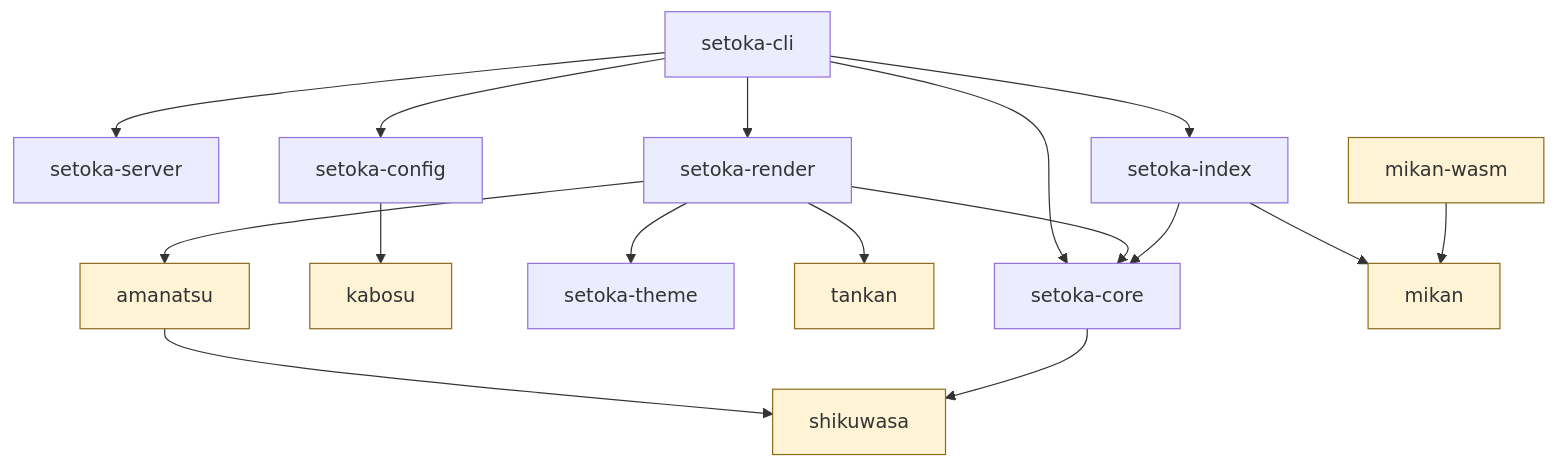
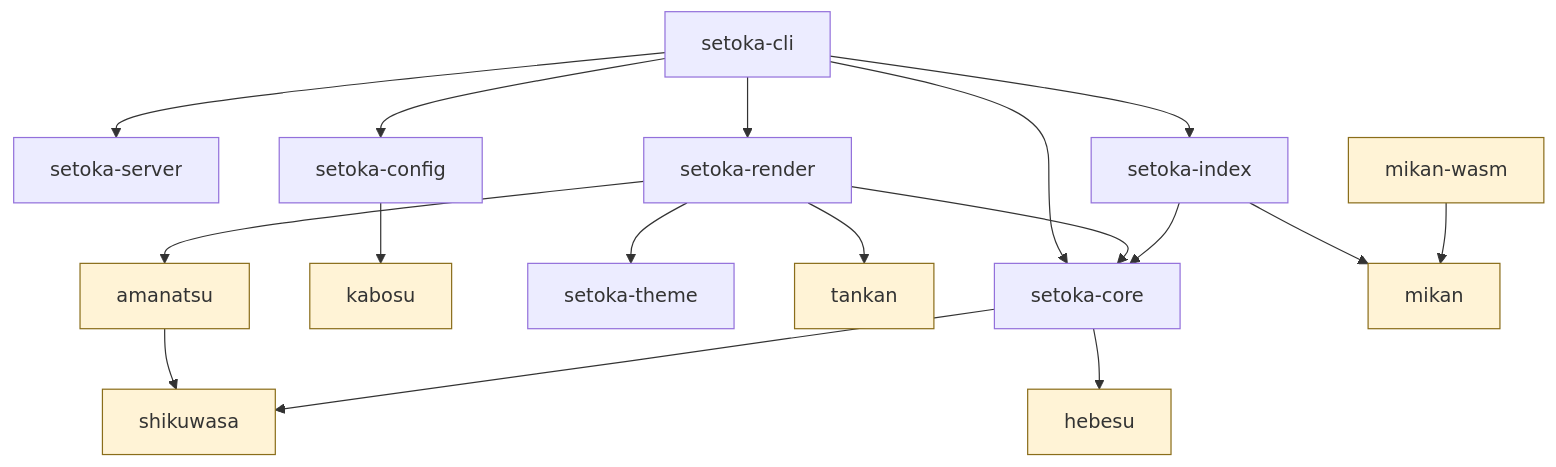
One commit to ai-implementer/setoka changed the diagram in docs/content/development/index.md. Above: the diagram before and after it, drawn with Mermaid. The commit also changed other lines of this file and 16 other files, not shown here.

````diff
--- a/docs/content/development/index.md
+++ b/docs/content/development/index.md
@@ -37,20 +38,21 @@
 ```mermaid
 flowchart TD
     CLI[setoka-cli] --> SRV[setoka-server]
     CLI --> REN[setoka-render]
     CLI --> IDX[setoka-index]
     CLI --> CORE[setoka-core]
     CLI --> CFG[setoka-config]
     CFG --> KAB[kabosu]
     REN --> CORE
     REN --> THEME[setoka-theme]
     REN --> TAN[tankan]
     REN --> API[amanatsu]
     API --> YAML[shikuwasa]
     CORE --> YAML
+    CORE --> HEB[hebesu]
     IDX --> CORE
     IDX --> FMT[mikan]
     WASM[mikan-wasm] --> FMT
     classDef generic fill:#fff3d6,stroke:#8a6d1a
-    class TAN,FMT,WASM,KAB,YAML,API generic
+    class TAN,FMT,WASM,KAB,YAML,API,HEB generic
 ```
````
